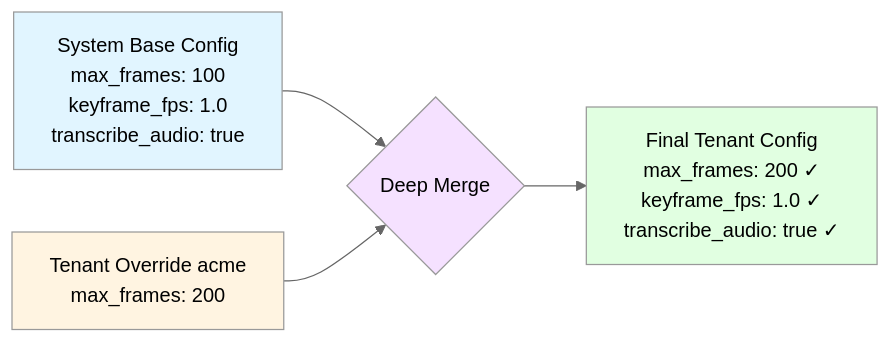
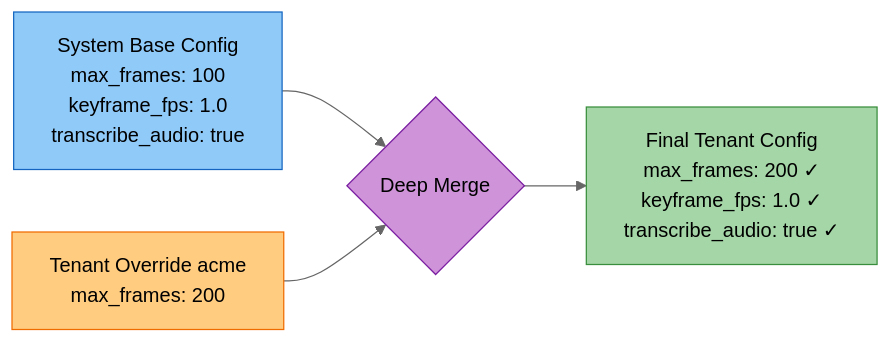
The sixth of 6 diagrams in docs/architecture/multi-tenant.md (amit-jain/cogniverse), drawn with Mermaid (neutral theme) before and after one commit. The commit also changed other lines of this file and 83 other files, not shown here.

First line of the commit message:
Fix documentation veracity, formatting, and diagrams across all modules

````diff
--- a/docs/architecture/multi-tenant.md
+++ b/docs/architecture/multi-tenant.md
@@ -910,13 +946,13 @@
 ```mermaid
 flowchart LR
-    SystemConfig[System Base Config<br/>max_frames: 100<br/>keyframe_fps: 1.0<br/>transcribe_audio: true] --> Merge{Deep Merge}
+    SystemConfig[<span style='color:#000'>System Base Config<br/>max_frames: 100<br/>keyframe_fps: 1.0<br/>transcribe_audio: true</span>] --> Merge{<span style='color:#000'>Deep Merge</span>}
 
-    TenantOverride[Tenant Override acme<br/>max_frames: 200] --> Merge
+    TenantOverride[<span style='color:#000'>Tenant Override acme<br/>max_frames: 200</span>] --> Merge
 
-    Merge --> FinalConfig[Final Tenant Config<br/>max_frames: 200 ✓<br/>keyframe_fps: 1.0 ✓<br/>transcribe_audio: true ✓]
+    Merge --> FinalConfig[<span style='color:#000'>Final Tenant Config<br/>max_frames: 200 ✓<br/>keyframe_fps: 1.0 ✓<br/>transcribe_audio: true ✓</span>]
 
-    style SystemConfig fill:#e1f5ff
-    style TenantOverride fill:#fff4e1
-    style FinalConfig fill:#e1ffe1
-    style Merge fill:#f5e1ff
+    style SystemConfig fill:#90caf9,stroke:#1565c0,color:#000
+    style TenantOverride fill:#ffcc80,stroke:#ef6c00,color:#000
+    style FinalConfig fill:#a5d6a7,stroke:#388e3c,color:#000
+    style Merge fill:#ce93d8,stroke:#7b1fa2,color:#000
 ```
````
